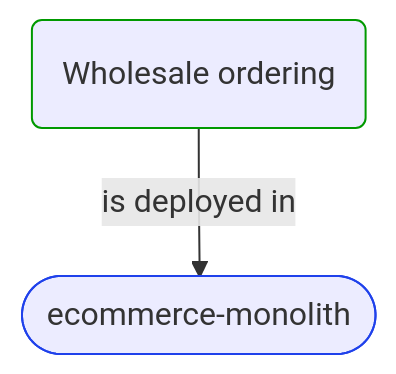
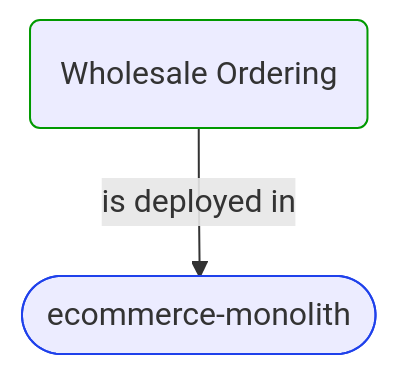
The third of 4 diagrams in Docs/P3/MermaidOutput/Domain/Processes/WholesaleOrdering.md (itlibrium/DDD-starter-dotnet), drawn with Mermaid before and after one commit. The commit also changed other lines of this file and 237 other files, not shown here.

````diff
--- a/Docs/P3/MermaidOutput/Domain/Processes/WholesaleOrdering.md
+++ b/Docs/P3/MermaidOutput/Domain/Processes/WholesaleOrdering.md
@@ -67,11 +67,11 @@
 ```mermaid
   flowchart TB
-    0(Wholesale ordering)
+    0(Wholesale Ordering)
     class 0 DomainPerspective
     1([ecommerce-monolith])
     class 1 TechnologyPerspective
     0-->|is deployed in|1
     classDef DomainPerspective stroke:#009900
     classDef TechnologyPerspective stroke:#1F41EB
     classDef PeoplePerspective stroke:#FFF014
 ```
````
